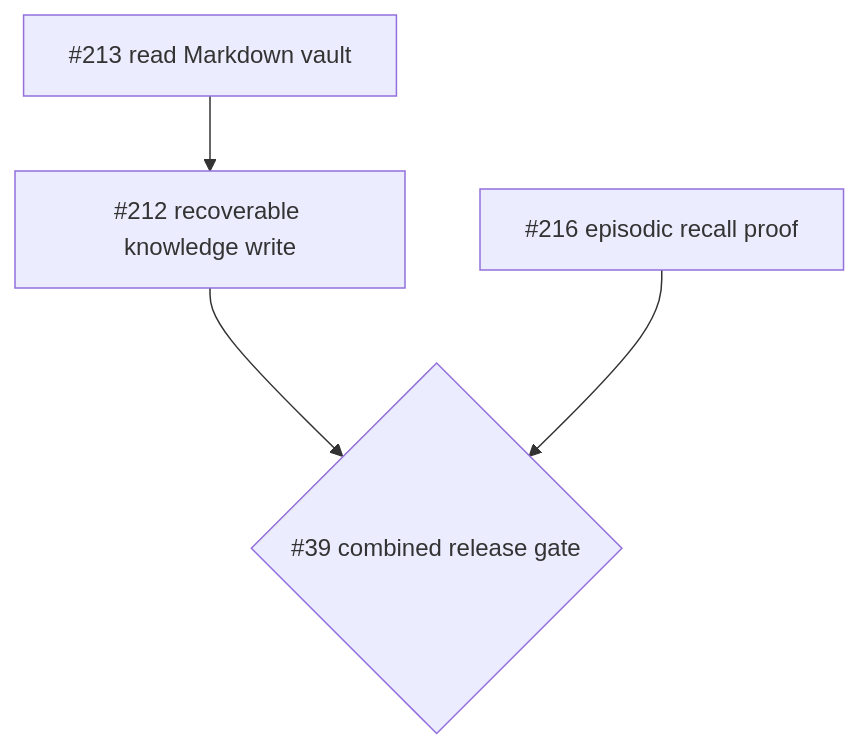
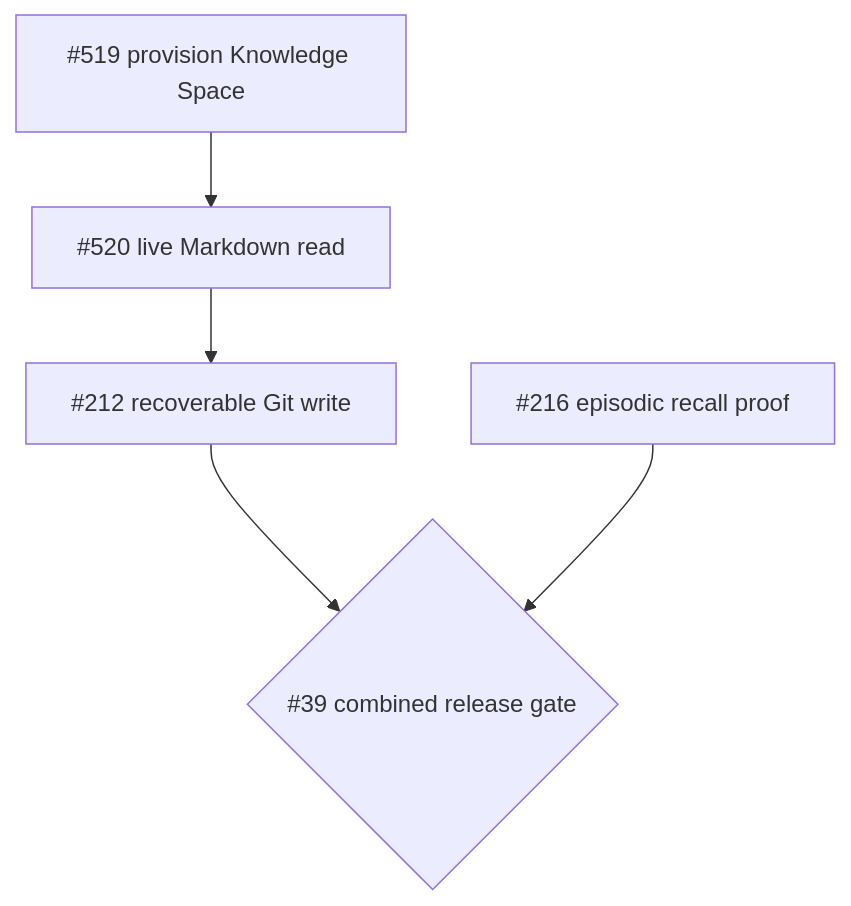
One commit to leon0399/llame changed the diagram in ROADMAP.md. Above: the diagram before and after it, drawn with Mermaid. The commit also changed other lines of this file and 9 other files, not shown here.

Commit message:
docs(openspec): revise personal knowledge read boundary

````diff
--- a/ROADMAP.md
+++ b/ROADMAP.md
@@ -28,9 +30,9 @@
 ```mermaid
 flowchart TD
-    K0["#213 read Markdown vault"] --> K1["#212 recoverable knowledge write"]
+    K0["#519 provision Knowledge Space"] --> K1["#520 live Markdown read"] --> K2["#212 recoverable Git write"]
     E0["#216 episodic recall proof"]
     Gate{"#39 combined release gate"}
 
-    K1 --> Gate
+    K2 --> Gate
     E0 --> Gate
 ```
````
